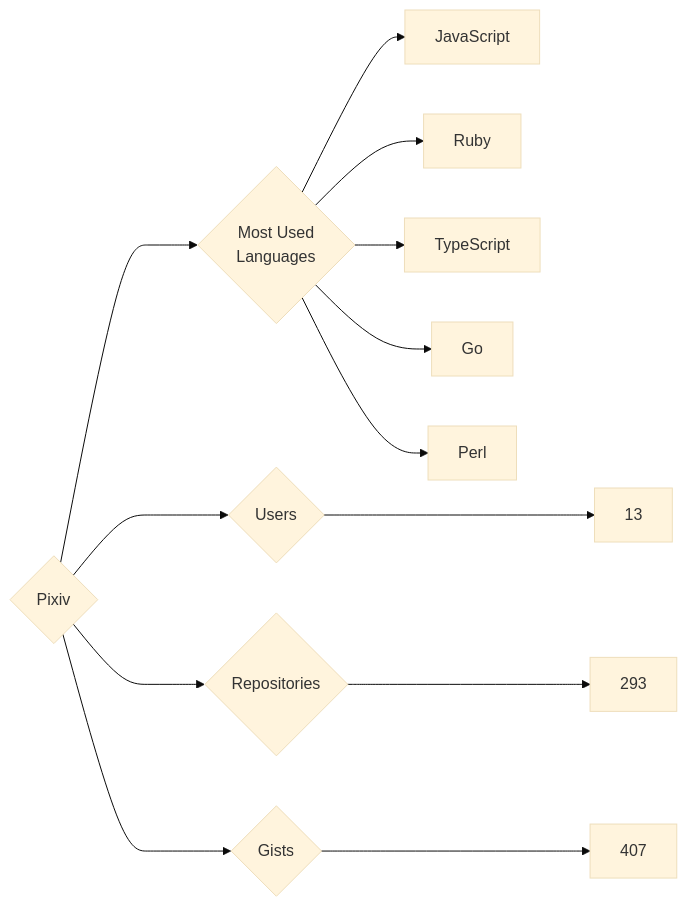
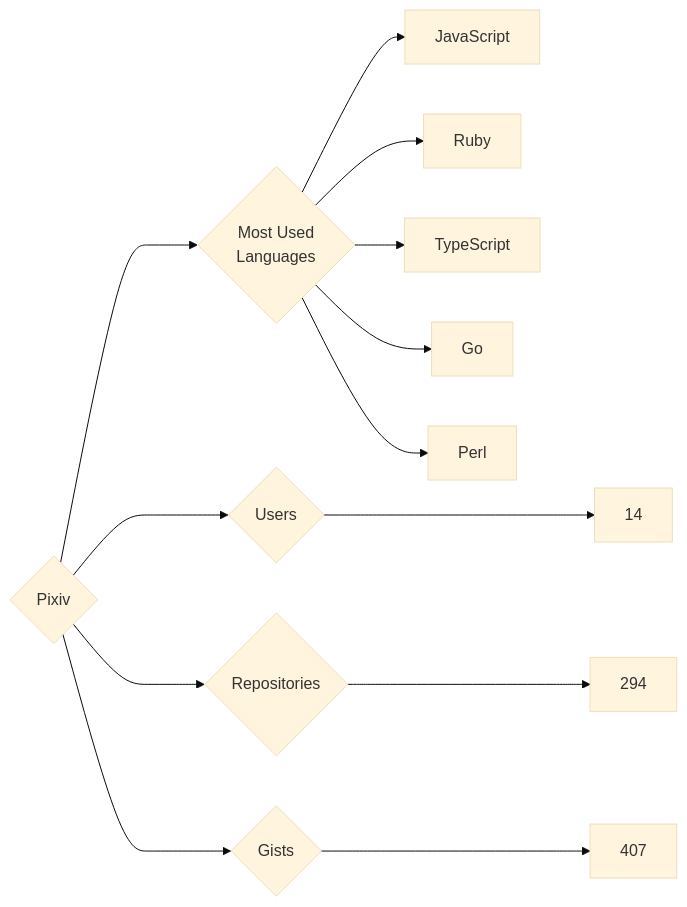
Before and after one commit to trickest/insiders: the diagram in targets/Pixiv/README.md, drawn with Mermaid (base theme). The commit also changed 995 other files, not shown here.

````diff
--- a/targets/Pixiv/README.md
+++ b/targets/Pixiv/README.md
@@ -3,13 +3,13 @@
 ```mermaid
 graph LR
 COMPANY_NAME{Pixiv}
-COMPANY_NAME ---> U{Users} ---> UN[13]
-COMPANY_NAME ---> R{Repositories} ---> RN[293]
+COMPANY_NAME ---> U{Users} ---> UN[14]
+COMPANY_NAME ---> R{Repositories} ---> RN[294]
 COMPANY_NAME ---> G{Gists} ---> GN[407]
 COMPANY_NAME ---> ML{Most Used<br>Languages}
 ML --> JavaScript[JavaScript]
 ML --> Ruby[Ruby]
 ML --> TypeScript[TypeScript]
 ML --> Go[Go]
 ML --> Perl[Perl]
 ```
````
